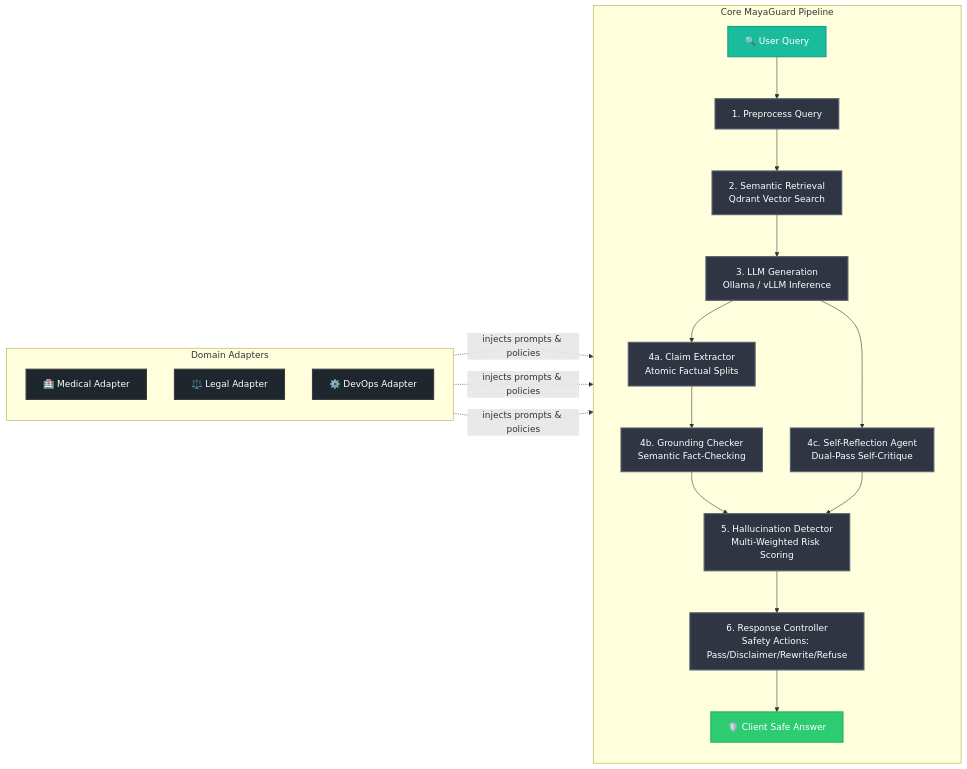
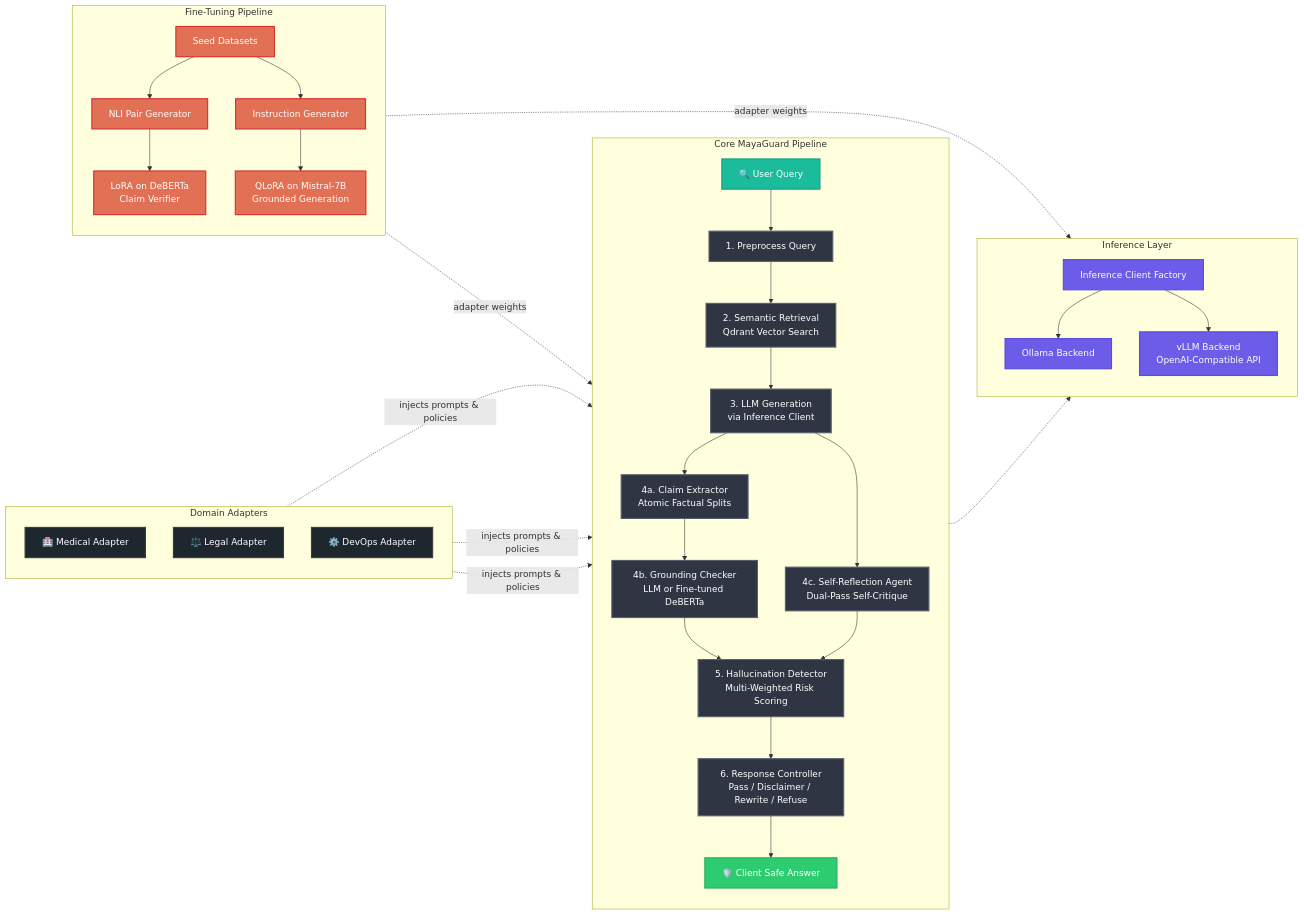
Before and after one commit to Yogesh-001/AstraShastra-AI: the diagram in mayaguard/README.md, drawn with Mermaid. The commit also changed other lines of this file and 20 other files, not shown here.

````diff
--- a/mayaguard/README.md
+++ b/mayaguard/README.md
@@ -17,41 +17,65 @@
 ```mermaid
 graph LR
     subgraph "Domain Adapters"
         direction TB
-        Medical[🏥 Medical Adapter]
-        Legal[⚖️ Legal Adapter]
-        DevOps[⚙️ DevOps Adapter]
+        Medical["🏥 Medical Adapter"]
+        Legal["⚖️ Legal Adapter"]
+        DevOps["⚙️ DevOps Adapter"]
+    end
+
+    subgraph "Inference Layer"
+        direction TB
+        InfFactory["Inference Client Factory"]
+        Ollama["Ollama Backend"]
+        VLLM["vLLM Backend<br/>OpenAI-Compatible API"]
+        InfFactory --> Ollama
+        InfFactory --> VLLM
     end
 
     subgraph "Core MayaGuard Pipeline"
         direction TB
-        Query[🔍 User Query] --> Pre[1. Preprocess Query]
-        Pre --> Ret[2. Semantic Retrieval<br/>Qdrant Vector Search]
-        Ret --> Gen[3. LLM Generation<br/>Ollama / vLLM Inference]
+        Query["🔍 User Query"] --> Pre["1. Preprocess Query"]
+        Pre --> Ret["2. Semantic Retrieval<br/>Qdrant Vector Search"]
+        Ret --> Gen["3. LLM Generation<br/>via Inference Client"]
         
-        Gen --> Ext[4a. Claim Extractor<br/>Atomic Factual Splits]
-        Ext --> Grn[4b. Grounding Checker<br/>Semantic Fact-Checking]
+        Gen --> Ext["4a. Claim Extractor<br/>Atomic Factual Splits"]
+        Ext --> Grn["4b. Grounding Checker<br/>LLM or Fine-tuned DeBERTa"]
         
-        Gen --> Ref[4c. Self-Reflection Agent<br/>Dual-Pass Self-Critique]
+        Gen --> Ref["4c. Self-Reflection Agent<br/>Dual-Pass Self-Critique"]
         
-        Grn --> Det[5. Hallucination Detector<br/>Multi-Weighted Risk Scoring]
+        Grn --> Det["5. Hallucination Detector<br/>Multi-Weighted Risk Scoring"]
         Ref --> Det
         
-        Det --> Ctrl[6. Response Controller<br/>Safety Actions: Pass/Disclaimer/Rewrite/Refuse]
-        Ctrl --> Safe[🛡️ Client Safe Answer]
+        Det --> Ctrl["6. Response Controller<br/>Pass / Disclaimer / Rewrite / Refuse"]
+        Ctrl --> Safe["🛡️ Client Safe Answer"]
+    end
+
+    subgraph "Fine-Tuning Pipeline"
+        direction TB
+        SeedData["Seed Datasets"] --> NLIGen["NLI Pair Generator"]
+        SeedData --> InstGen["Instruction Generator"]
+        NLIGen --> LoRA["LoRA on DeBERTa<br/>Claim Verifier"]
+        InstGen --> QLoRA["QLoRA on Mistral-7B<br/>Grounded Generation"]
     end
 
     Medical -.->|injects prompts & policies| Pre
     Legal -.->|injects prompts & policies| Pre
     DevOps -.->|injects prompts & policies| Pre
+    Gen -.-> InfFactory
+    LoRA -.->|adapter weights| Grn
+    QLoRA -.->|adapter weights| VLLM
 
     classDef adapter fill:#1e272e,stroke:#3d3d3d,stroke-width:2px,color:#fff;
     classDef pipeline fill:#2f3542,stroke:#57606f,stroke-width:2px,color:#fff;
     classDef query fill:#1abc9c,stroke:#16a085,stroke-width:2px,color:#fff;
     classDef safe fill:#2ecc71,stroke:#27ae60,stroke-width:2px,color:#fff;
+    classDef inference fill:#6c5ce7,stroke:#5b4cdb,stroke-width:2px,color:#fff;
+    classDef finetune fill:#e17055,stroke:#d63031,stroke-width:2px,color:#fff;
     
     class Medical,Legal,DevOps adapter;
     class Pre,Ret,Gen,Ext,Grn,Ref,Det,Ctrl pipeline;
     class Query query;
     class Safe safe;
+    class InfFactory,Ollama,VLLM inference;
+    class SeedData,NLIGen,InstGen,LoRA,QLoRA finetune;
 ```
````
